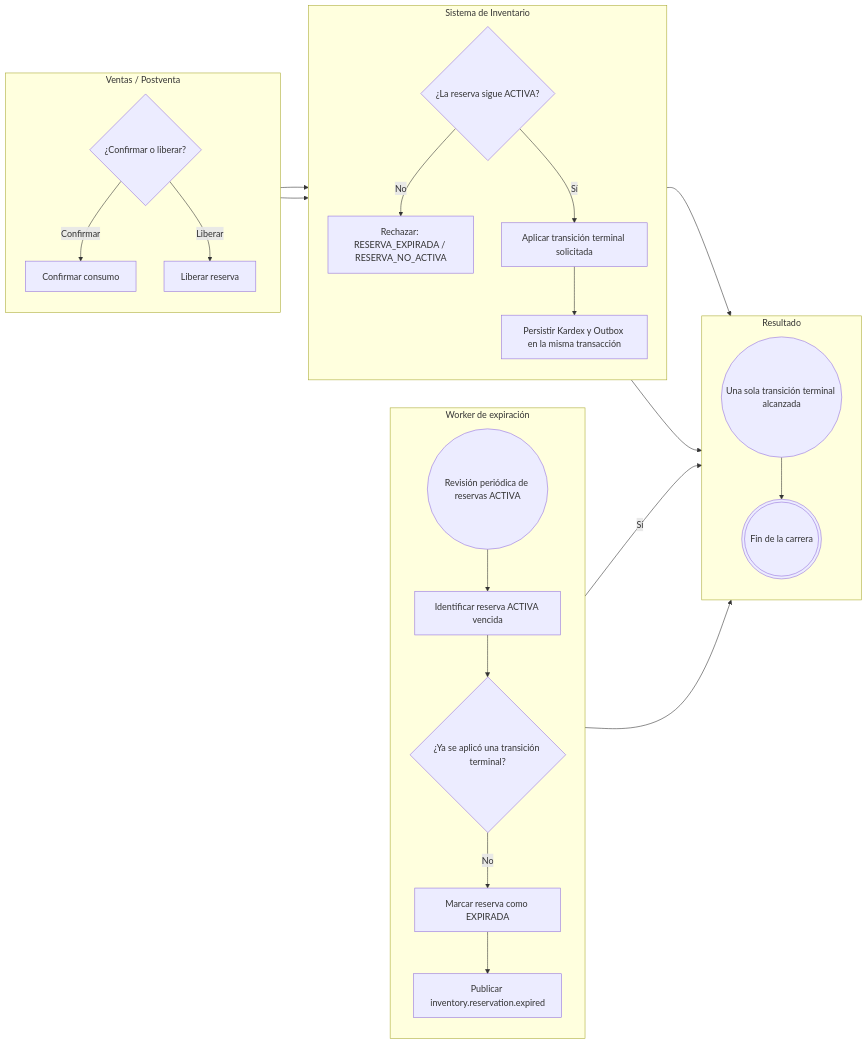
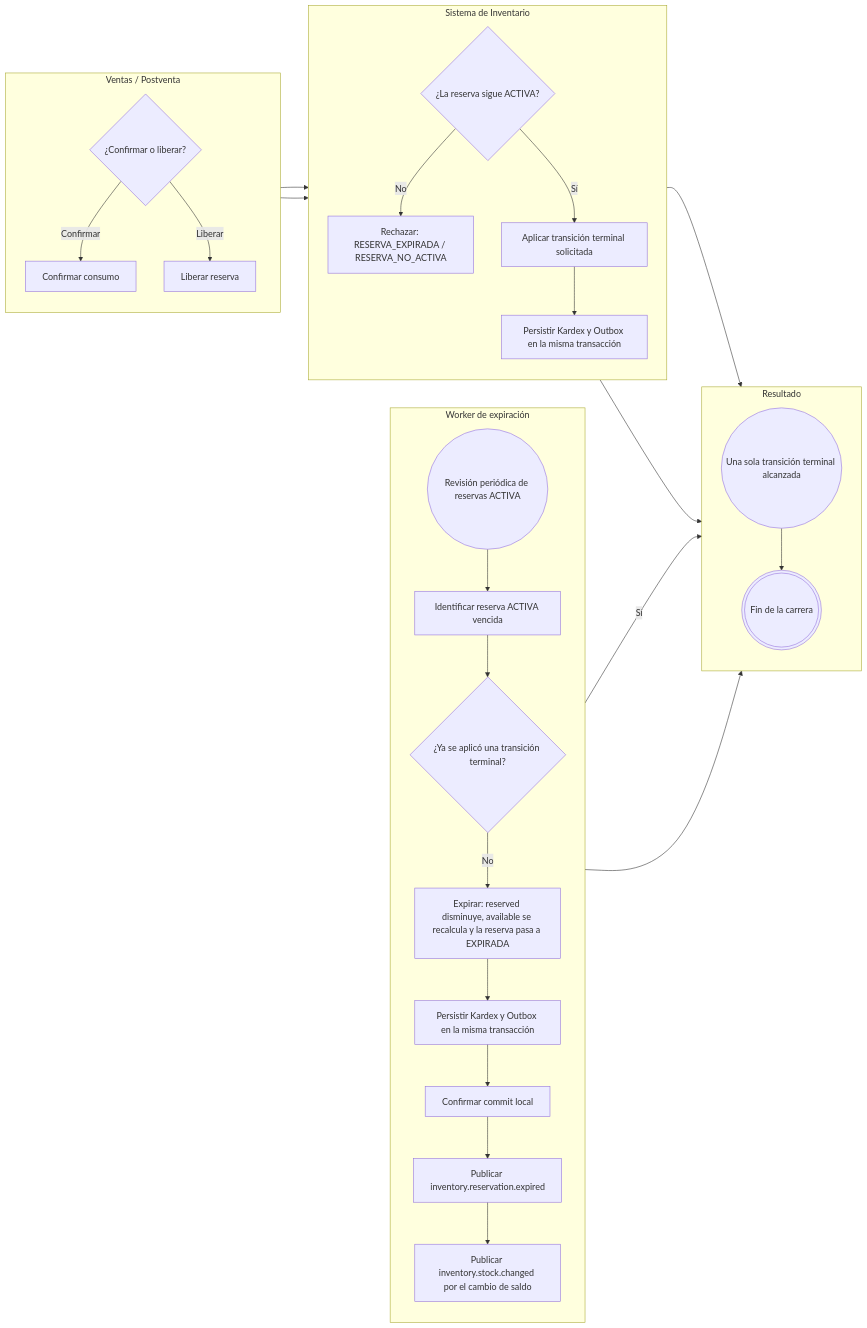
The fourth of 10 diagrams in flujos/FLOW-015-control-stock-disponibilidad.md (Taller-SW-Web/G6-Productos-Ofertas-docs), drawn with Mermaid before and after one commit. The commit also changed other lines of this file and 1 other file, not shown here.

Commit message:
fix: correciones finales de los issues para stock

````diff
--- a/flujos/FLOW-015-control-stock-disponibilidad.md
+++ b/flujos/FLOW-015-control-stock-disponibilidad.md
@@ -205,49 +205,55 @@
 ```mermaid
 flowchart LR
     subgraph WORK["Worker de expiración"]
         direction TB
         INICIO((Revisión periódica de reservas ACTIVA))
         A1["Identificar reserva ACTIVA vencida"]
         D1{"¿Ya se aplicó una transición terminal?"}
-        A2["Marcar reserva como EXPIRADA"]
-        A3["Publicar inventory.reservation.expired"]
+        A2["Expirar: reserved disminuye, available se recalcula y la reserva pasa a EXPIRADA"]
+        A3["Persistir Kardex y Outbox en la misma transacción"]
+        A4["Confirmar commit local"]
+        A5["Publicar inventory.reservation.expired"]
+        A6["Publicar inventory.stock.changed por el cambio de saldo"]
     end
 
     subgraph VENT["Ventas / Postventa"]
         direction TB
         P1{"¿Confirmar o liberar?"}
-        A4["Confirmar consumo"]
-        A5["Liberar reserva"]
+        A7["Confirmar consumo"]
+        A8["Liberar reserva"]
     end
 
     subgraph INV["Sistema de Inventario"]
         direction TB
         D2{"¿La reserva sigue ACTIVA?"}
-        A6["Rechazar: RESERVA_EXPIRADA / RESERVA_NO_ACTIVA"]
-        A7["Persistir Kardex y Outbox en la misma transacción"]
-        A8["Aplicar transición terminal solicitada"]
+        A9["Rechazar: RESERVA_EXPIRADA / RESERVA_NO_ACTIVA"]
+        A10["Persistir Kardex y Outbox en la misma transacción"]
+        A11["Aplicar transición terminal solicitada"]
     end
 
     subgraph RES["Resultado"]
         direction TB
         E1(("Una sola transición terminal alcanzada"))
         FIN(((Fin de la carrera)))
     end
 
     INICIO --> A1
     A1 --> D1
     D1 -->|"No"| A2
     D1 -->|"Sí"| FIN
     A2 --> A3
-    A3 --> E1
-    P1 -->|"Confirmar"| A4
-    P1 -->|"Liberar"| A5
-    A4 --> D2
-    A5 --> D2
-    D2 -->|"No"| A6
-    D2 -->|"Sí"| A8
-    A8 --> A7
-    A7 --> E1
-    A6 --> FIN
+    A3 --> A4
+    A4 --> A5
+    A5 --> A6
+    A6 --> E1
+    P1 -->|"Confirmar"| A7
+    P1 -->|"Liberar"| A8
+    A7 --> D2
+    A8 --> D2
+    D2 -->|"No"| A9
+    D2 -->|"Sí"| A11
+    A11 --> A10
+    A10 --> E1
+    A9 --> FIN
     E1 --> FIN
 ```
````
